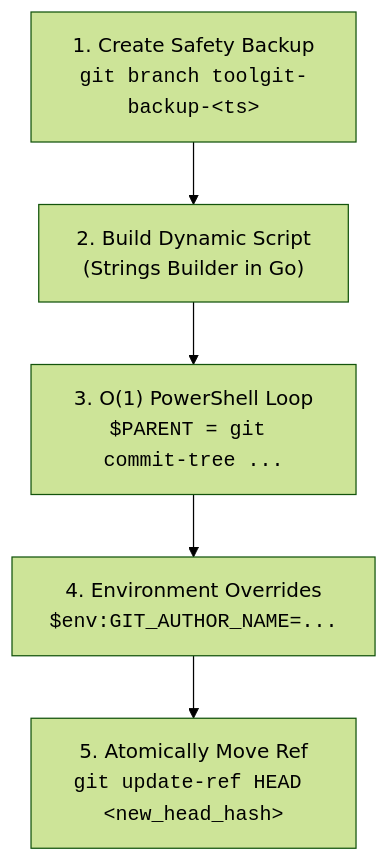
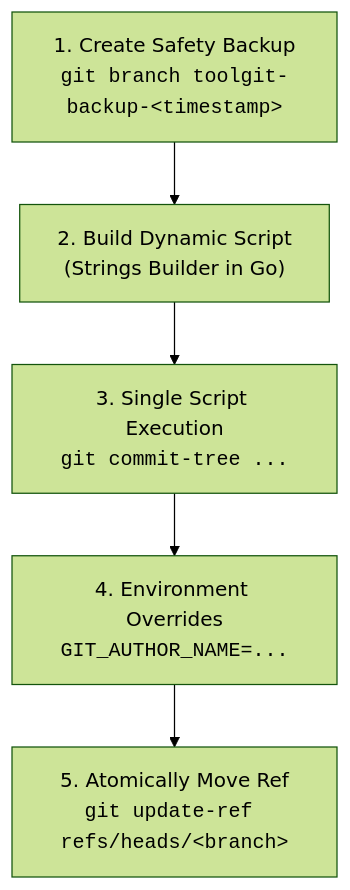
The fifth of 5 diagrams in docs/HOW_IT_WORKS.md (abhaysinh8/toolgit), drawn with Mermaid (forest theme) before and after one commit. The commit also changed other lines of this file and 1 other file, not shown here.

Commit message:
docs: streamline README and architecture guide to professional open-source standard

````diff
--- a/docs/HOW_IT_WORKS.md
+++ b/docs/HOW_IT_WORKS.md
@@ -175,7 +176,7 @@
 ```mermaid
 graph TD
-    A["1. Create Safety Backup<br/><code>git branch toolgit-backup-&lt;ts&gt;</code>"] --> B["2. Build Dynamic Script<br/>(Strings Builder in Go)"]
-    B --> C["3. O(1) PowerShell Loop<br/><code>$PARENT = git commit-tree ...</code>"]
-    C --> D["4. Environment Overrides<br/><code>$env:GIT_AUTHOR_NAME=...</code>"]
-    D --> E["5. Atomically Move Ref<br/><code>git update-ref HEAD &lt;new_head_hash&gt;</code>"]
+    A["1. Create Safety Backup<br/><code>git branch toolgit-backup-&lt;timestamp&gt;</code>"] --> B["2. Build Dynamic Script<br/>(Strings Builder in Go)"]
+    B --> C["3. Single Script Execution<br/><code>git commit-tree ...</code>"]
+    C --> D["4. Environment Overrides<br/><code>GIT_AUTHOR_NAME=...</code>"]
+    D --> E["5. Atomically Move Ref<br/><code>git update-ref refs/heads/&lt;branch&gt;</code>"]
 ```
````
